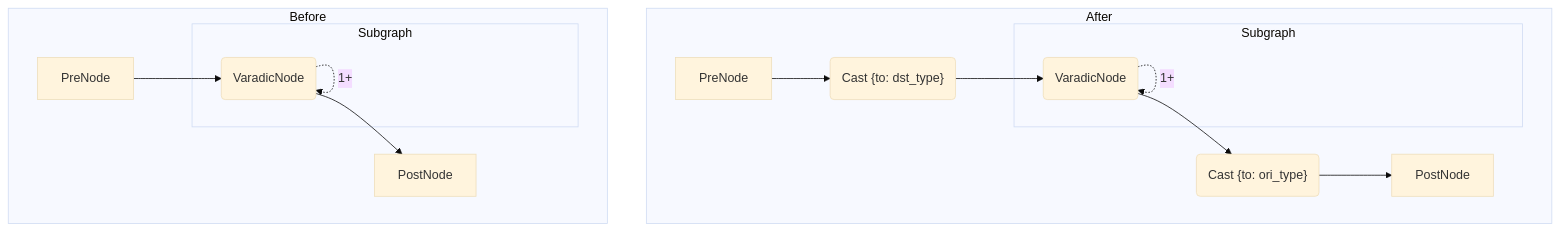
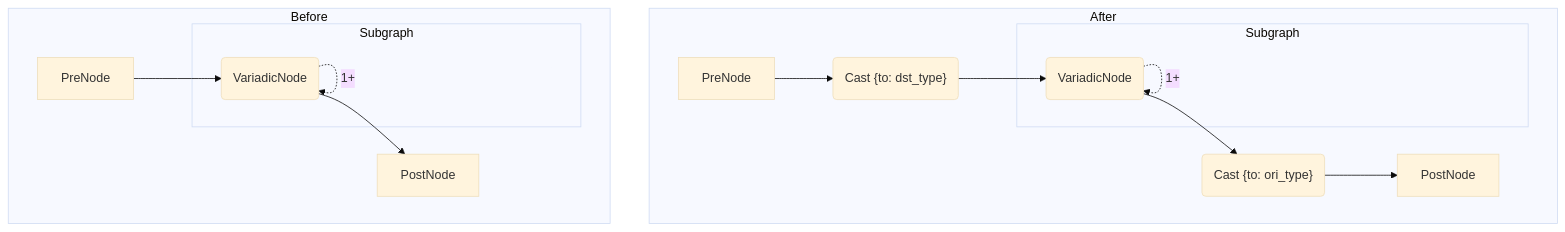
Diagram 14 of 21 in msit/components/debug/surgeon/docs/knowledge_optimizer/knowledge_optimizer_rules.md (xiaobingling93-pixel/Ascend-msit), drawn with Mermaid (base theme) before and after one commit. The commit also changed other lines of this file and 27 other files, not shown here.

````diff
--- a/msit/components/debug/surgeon/docs/knowledge_optimizer/knowledge_optimizer_rules.md
+++ b/msit/components/debug/surgeon/docs/knowledge_optimizer/knowledge_optimizer_rules.md
@@ -493,20 +493,20 @@
 ```mermaid
 graph TD
     subgraph After
         subgraph "Subgraph"
-            V2(VaradicNode) .->|1+| V2
+            V2(VariadicNode) .->|1+| V2
         end
         P2[PreNode] --> C3("Cast {to: dst_type}")
         C3 --> V2
         V2 --> C4("Cast {to: ori_type}")
         C4 --> O2[PostNode]
     end
 
     subgraph Before
         subgraph "Subgraph "
-            V1(VaradicNode) .->|1+| V1
+            V1(VariadicNode) .->|1+| V1
         end
         P1[PreNode] --> V1
         V1 --> O1[PostNode]
     end
 ```
````
